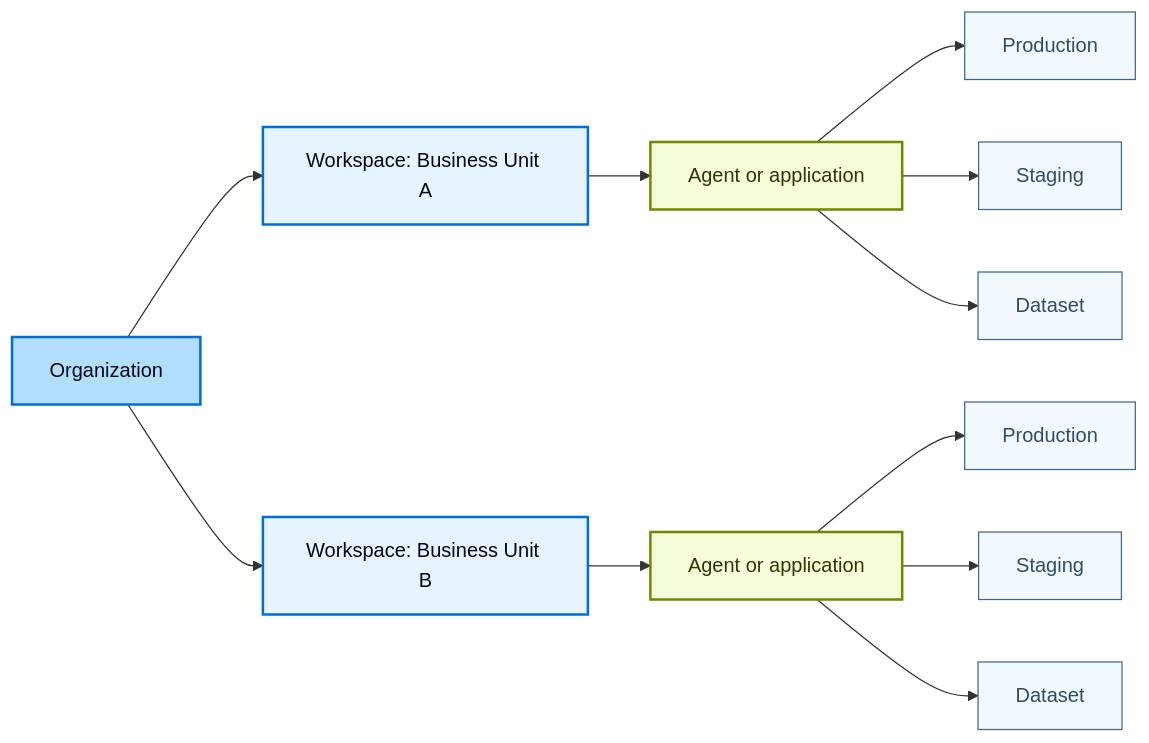
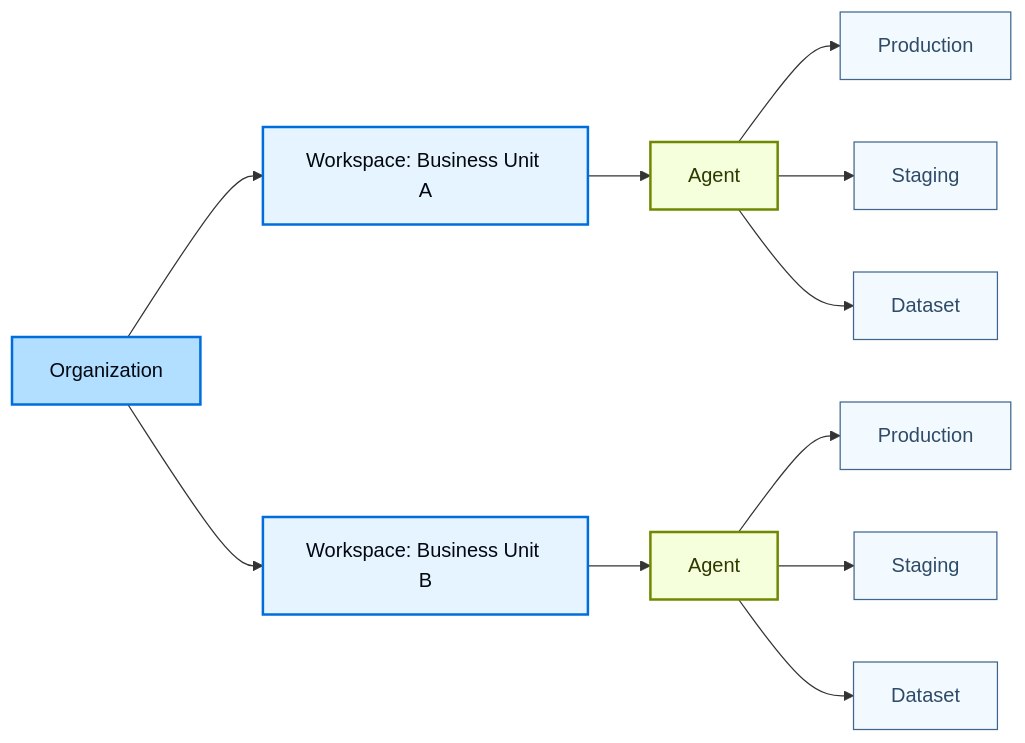
The first of 2 diagrams in src/langsmith/workload-isolation.mdx (langchain-ai/docs), drawn with Mermaid before and after one commit. The commit also changed other lines of this file and 66 other files, not shown here.

````diff
--- a/src/langsmith/workload-isolation.mdx
+++ b/src/langsmith/workload-isolation.mdx
@@ -41,42 +36,42 @@
 ```mermaid actions={false}
 graph LR
     Org[Organization]
 
     WS1[Workspace: Business Unit A]
     WS2[Workspace: Business Unit B]
 
-    AgentA[Agent or application]
-    AgentB[Agent or application]
+    AgentA[Agent]
+    AgentB[Agent]
 
     ProdA[Production]
     StagingA[Staging]
     DatasetA[Dataset]
 
     ProdB[Production]
     StagingB[Staging]
     DatasetB[Dataset]
 
     Org --> WS1
     Org --> WS2
 
     WS1 --> AgentA
     WS2 --> AgentB
 
     AgentA --> ProdA
     AgentA --> StagingA
     AgentA --> DatasetA
 
     AgentB --> ProdB
     AgentB --> StagingB
     AgentB --> DatasetB
 
     classDef orgStyle fill:#B2DEFF,stroke:#006DDD,stroke-width:2px,color:#030710
     classDef wsStyle fill:#E5F4FF,stroke:#006DDD,stroke-width:2px,color:#030710
     classDef appStyle fill:#F6FFDB,stroke:#6E8900,stroke-width:2px,color:#2E3900
     classDef resourceStyle fill:#F2FAFF,stroke:#40668D,stroke-width:1px,color:#2F4B68
 
     class Org orgStyle
     class WS1,WS2 wsStyle
     class AgentA,AgentB appStyle
     class ProdA,StagingA,DatasetA,ProdB,StagingB,DatasetB resourceStyle
 ```
````
